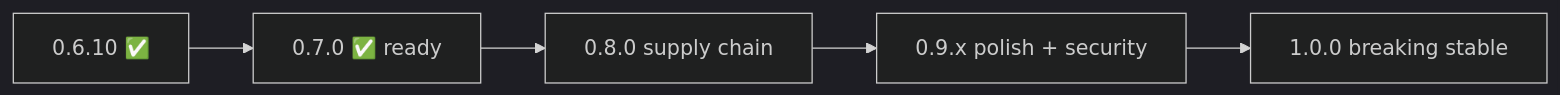
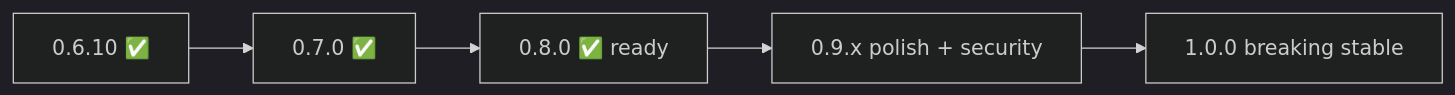
The diagram in ROADMAP.md (hrodrig/pgwd), drawn with Mermaid (dark theme) before and after one commit. The commit also changed other lines of this file and 18 other files, not shown here.

First line of the commit message:
Release 0.8.0: supply chain, distroless image, Go 1.26.5

````diff
--- a/ROADMAP.md
+++ b/ROADMAP.md
@@ -19,7 +19,7 @@
 ```mermaid
 flowchart LR
-  A["0.6.10 ✅"] --> B["0.7.0 ✅ ready"]
-  B --> C["0.8.0 supply chain"]
+  A["0.6.10 ✅"] --> B["0.7.0 ✅"]
+  B --> C["0.8.0 ✅ ready"]
   C --> D["0.9.x polish + security"]
   D --> E["1.0.0 breaking stable"]
 ```
````
